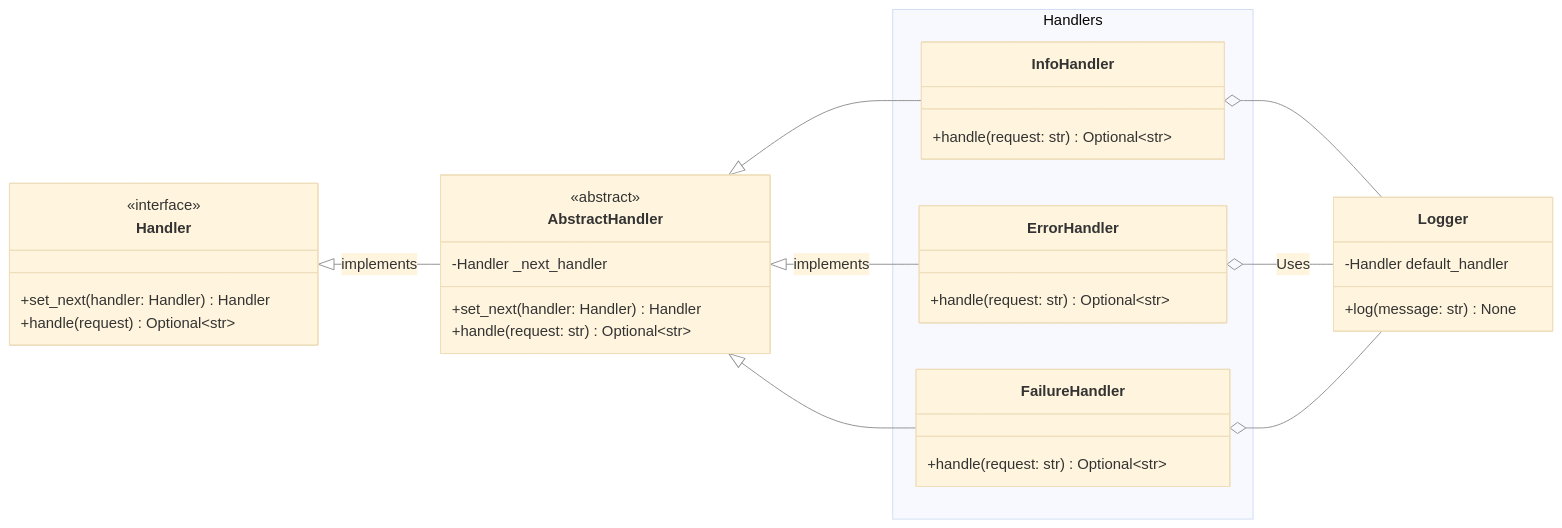
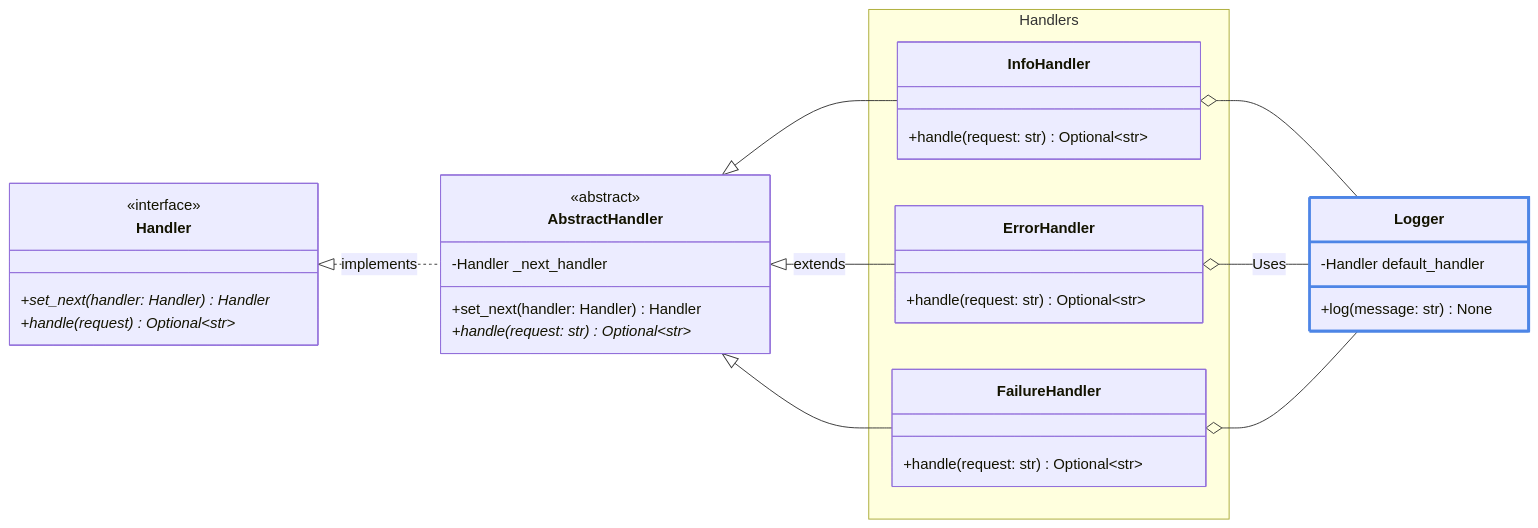
Before and after one commit to ArthurDelannoyazerty/Design-Patterns: the first of 4 diagrams in python/README.md, drawn with Mermaid. The commit also changed other lines of this file and 1 other file, not shown here.

````diff
--- a/python/README.md
+++ b/python/README.md
@@ -22,54 +17,50 @@
 ```mermaid
----
-config:
-    theme: 'base'
-    themeVariables:
-       background: '#727272ff'
----
 classDiagram
     direction LR
 
     class Handler {
         <<interface>>
-        +set_next(handler: Handler) Handler
-        +handle(request) Optional~str~
+        +set_next(handler: Handler)* Handler
+        +handle(request)* Optional~str~
     }
 
     class AbstractHandler {
         <<abstract>>
         -Handler _next_handler
         +set_next(handler: Handler) Handler
-        +handle(request: str) Optional~str~
+        +handle(request: str)* Optional~str~
     }
 
     class InfoHandler {
         +handle(request: str) Optional~str~
     }
     class ErrorHandler {
         +handle(request: str) Optional~str~
     }
     class FailureHandler {
         +handle(request: str) Optional~str~
     }
 
     class Logger {
         -Handler default_handler
         +log(message: str) None
     }
 
-    Handler <|-- AbstractHandler : implements
+    Handler <|.. AbstractHandler : implements
     
     AbstractHandler <|-- InfoHandler
-    AbstractHandler <|-- ErrorHandler : implements
+    AbstractHandler <|-- ErrorHandler : extends
     AbstractHandler <|-- FailureHandler
 
     InfoHandler    o-- Logger
     ErrorHandler   o-- Logger : Uses
     FailureHandler o-- Logger
 
     namespace Handlers {
         class InfoHandler
         class ErrorHandler
         class FailureHandler
     }
+
+    style Logger stroke:#4D85E6,stroke-width:3px
 ```
````
